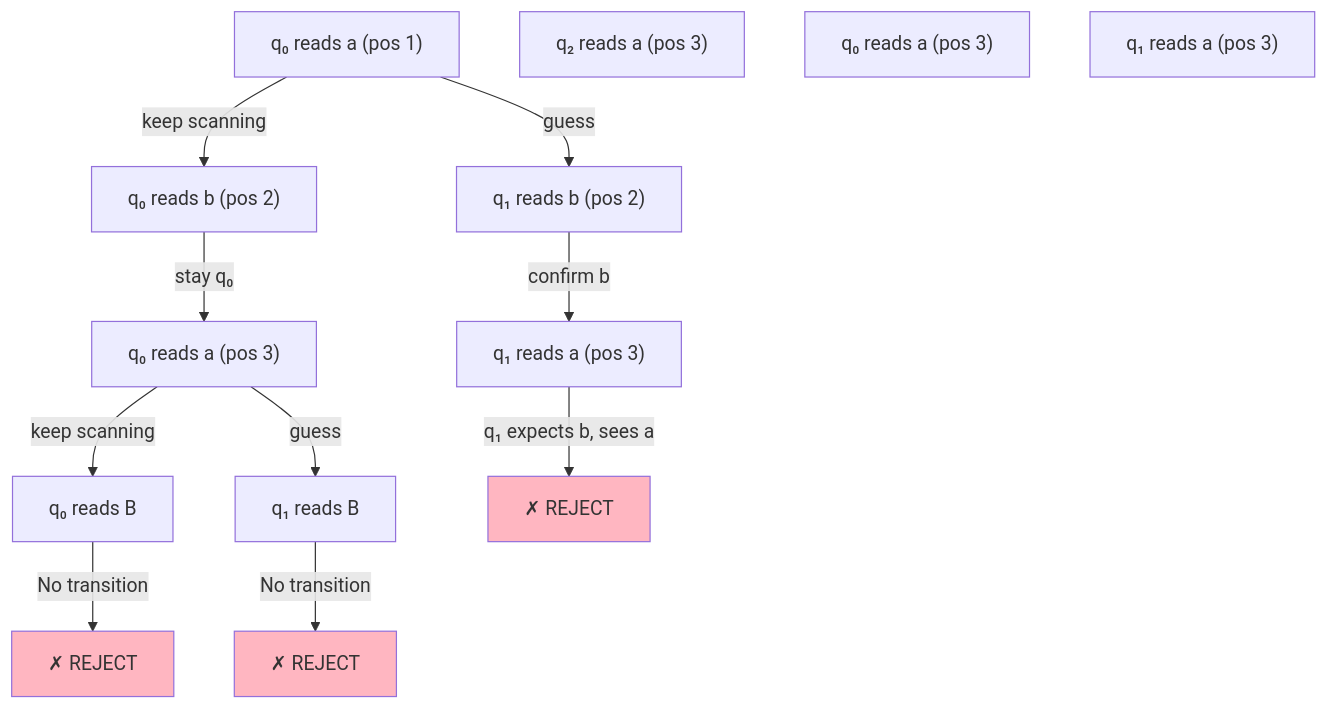
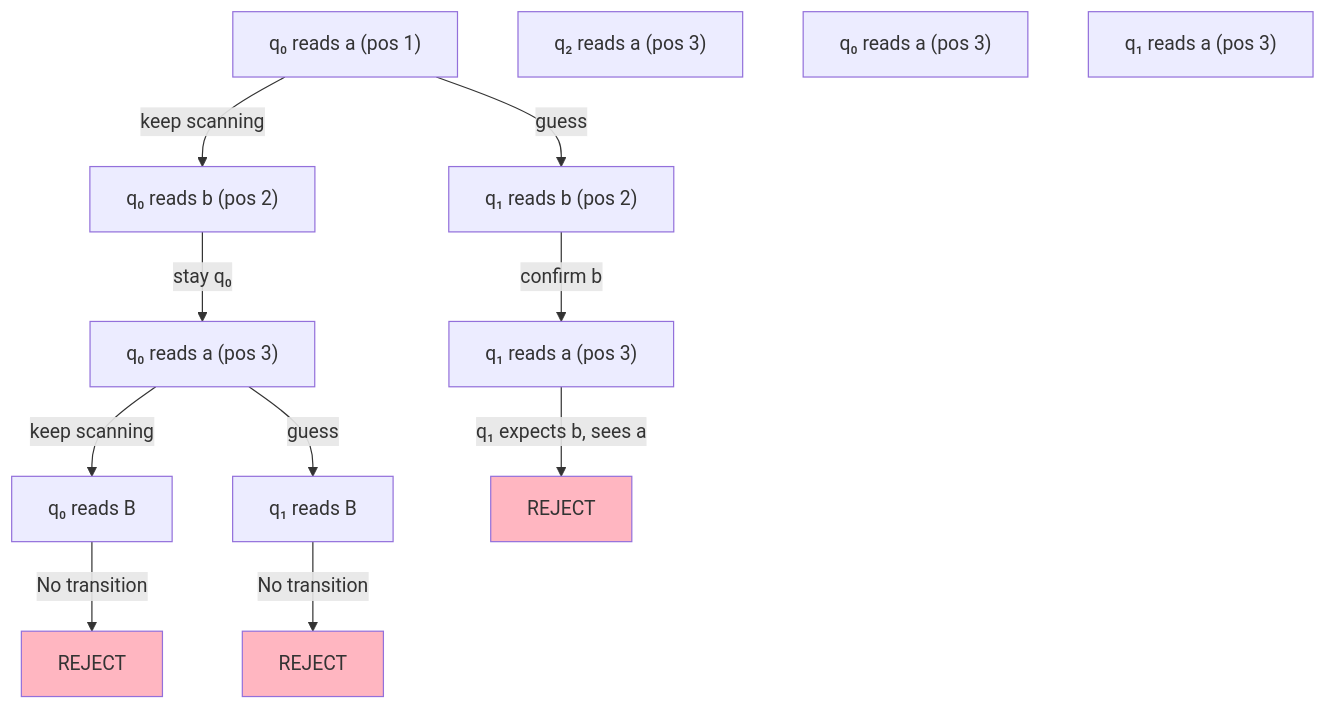
The sixth of 10 diagrams in Master 1/S2/Complexity and Advanced Algorithms old/old/Course/Chapter 1. Calculability/12 Non-Deterministic Turing Machines.md (Vtheonly/Obsidian_Notes), drawn with Mermaid before and after one commit. The commit also changed other lines of this file and 148 other files, not shown here.

````diff
--- a/Master 1/S2/Complexity and Advanced Algorithms old/old/Course/Chapter 1. Calculability/12 Non-Deterministic Turing Machines.md
+++ b/Master 1/S2/Complexity and Advanced Algorithms old/old/Course/Chapter 1. Calculability/12 Non-Deterministic Turing Machines.md
@@ -300,27 +300,27 @@
 ```mermaid
 graph TD
     ABA0["q₀ reads a (pos 1)"]
     ABA1["q₀ reads b (pos 2)"]
     ABA2["q₁ reads b (pos 2)"]
     ABA3["q₀ reads a (pos 3)"]
     ABA4["q₁ reads a (pos 3)"]
     ABA5["q₂ reads a (pos 3)"]
     ABA6["q₀ reads B"]
     ABA7["q₁ reads B"]
     ABA8["q₀ reads a (pos 3)"]
     ABA9["q₁ reads a (pos 3)"]
 
     ABA0 -->|"keep scanning"| ABA1
     ABA0 -->|"guess"| ABA2
     ABA1 -->|"stay q₀"| ABA3
     ABA2 -->|"confirm b"| ABA4
     ABA3 -->|"keep scanning"| ABA6
     ABA3 -->|"guess"| ABA7
-    ABA4 -->|"q₁ expects b, sees a"| R1["✗ REJECT"]
-    ABA6 -->|"No transition"| R2["✗ REJECT"]
-    ABA7 -->|"No transition"| R3["✗ REJECT"]
+    ABA4 -->|"q₁ expects b, sees a"| R1[" REJECT"]
+    ABA6 -->|"No transition"| R2[" REJECT"]
+    ABA7 -->|"No transition"| R3[" REJECT"]
 
     style R1 fill:#FFB6C1
     style R2 fill:#FFB6C1
     style R3 fill:#FFB6C1
 ```
````
